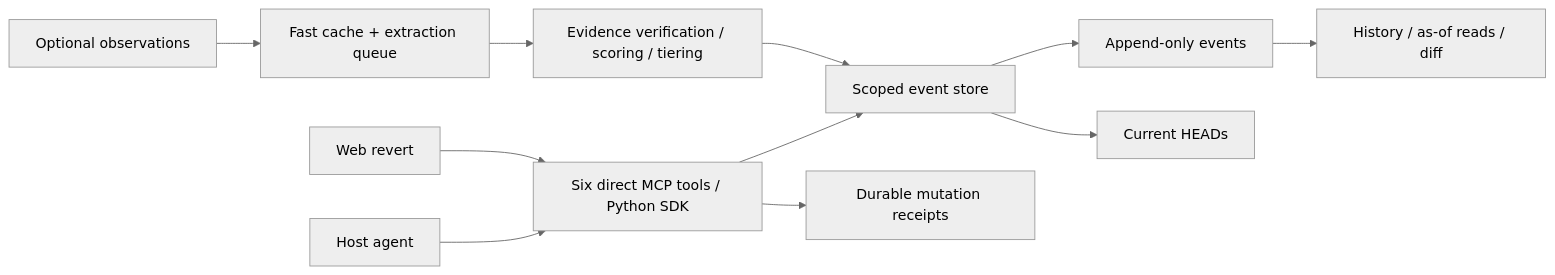
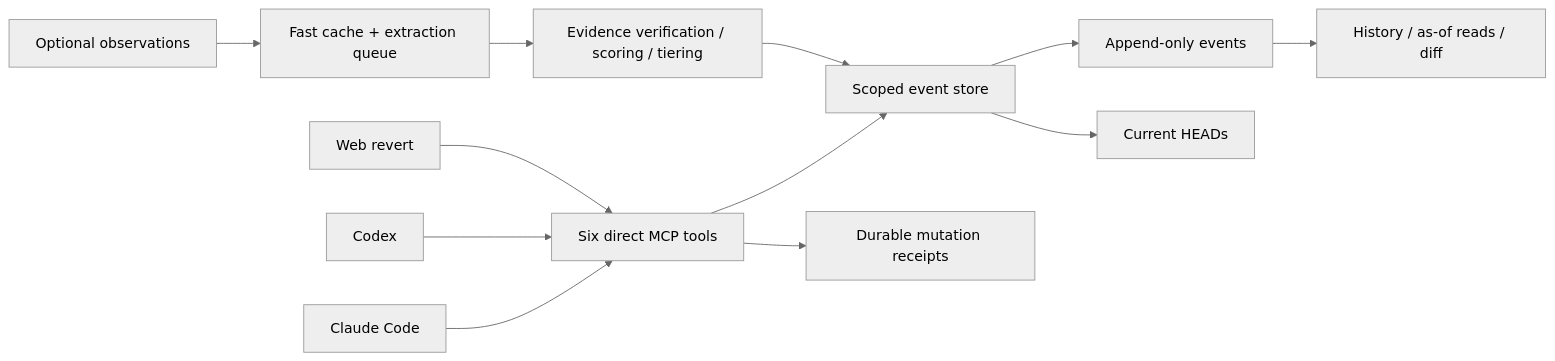
The diagram in README.md (Yugesh-reddy/Mnemo), drawn with Mermaid (neutral theme) before and after one commit. The commit also changed other lines of this file and 1 other file, not shown here.

````diff
--- a/README.md
+++ b/README.md
@@ -236,13 +248,14 @@
 ```mermaid
 flowchart LR
-    Host[Host agent] --> Direct[Six direct MCP tools / Python SDK]
+    Claude[Claude Code] --> Direct[Six direct MCP tools]
+    Codex[Codex] --> Direct
     UI[Web revert] --> Direct
     Direct --> Core[Scoped event store]
     Turns[Optional observations] --> Cache[Fast cache + extraction queue]
     Cache --> Worker[Evidence verification / scoring / tiering]
     Worker --> Core
     Core --> Events[Append-only events]
     Core --> Heads[Current HEADs]
     Direct --> Receipts[Durable mutation receipts]
     Events --> History[History / as-of reads / diff]
 ```
````
